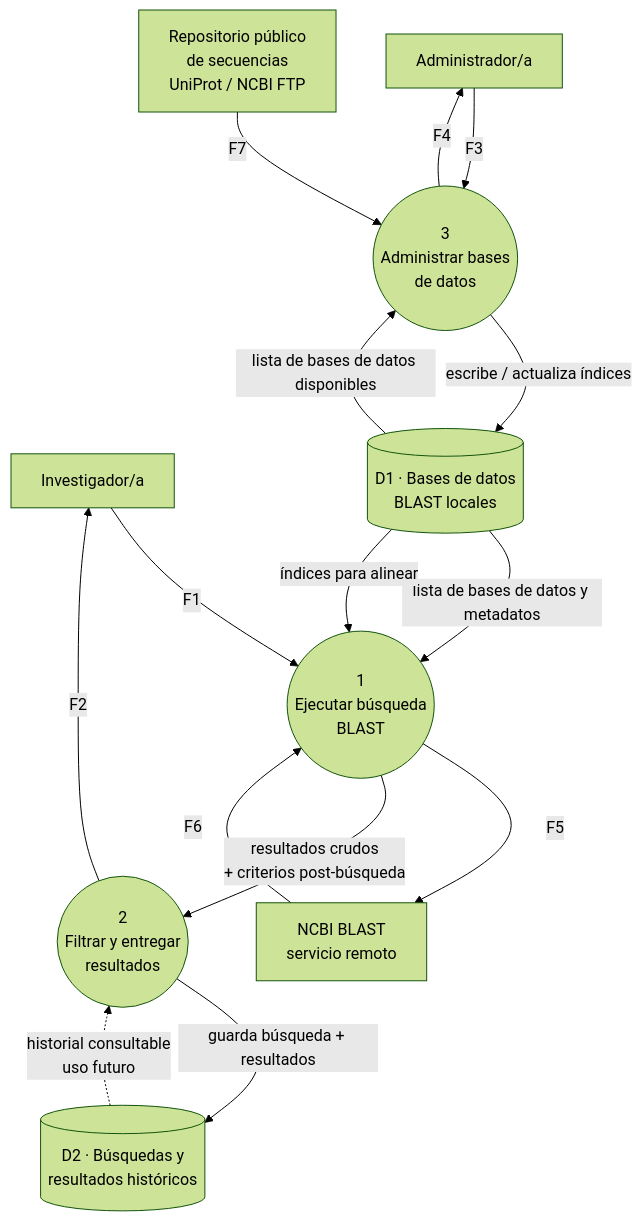
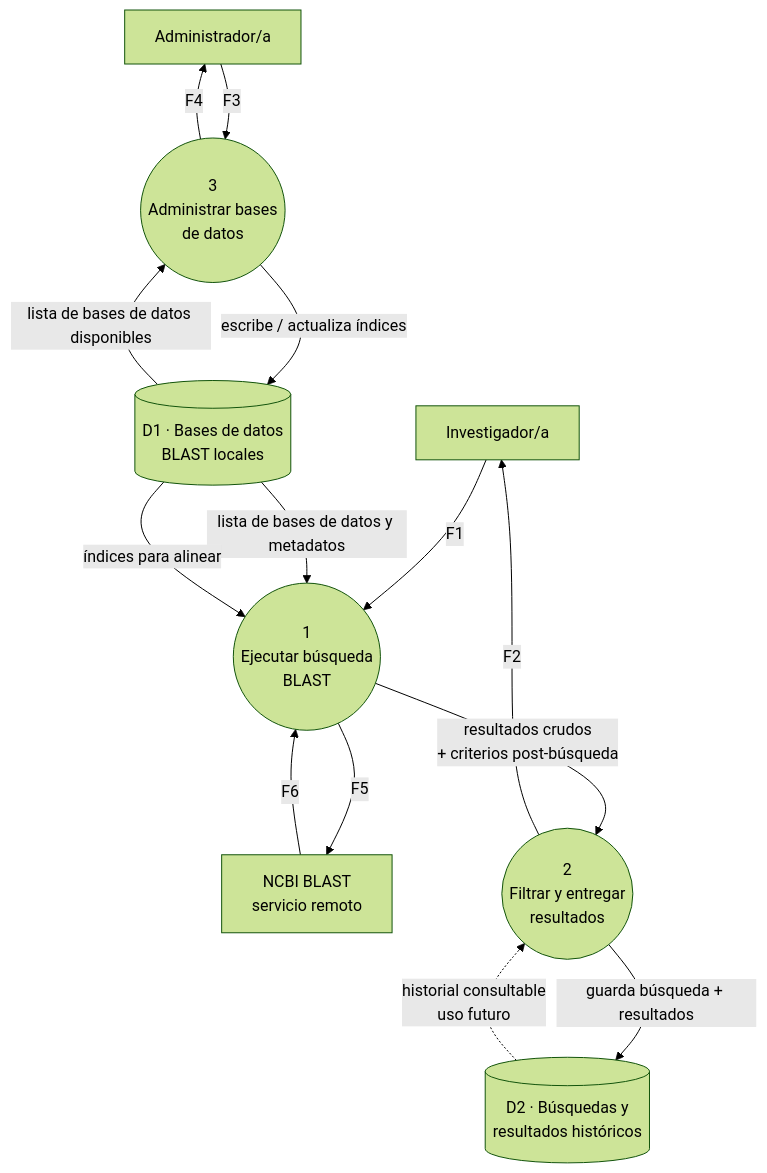
The second of 2 diagrams in docs/architecture/contexto-inicial.md (agwursten/Secondary-Repo-GUI-Blast), drawn with Mermaid (forest theme) before and after one commit. The commit also changed other lines of this file and 4 other files, not shown here.

````diff
--- a/docs/architecture/contexto-inicial.md
+++ b/docs/architecture/contexto-inicial.md
@@ -63,41 +51,37 @@
 ```mermaid
 flowchart TD
     INV[Investigador/a]
     ADM[Administrador/a]
     NCBI[NCBI BLAST<br/>servicio remoto]
-    REPO[Repositorio público<br/>de secuencias<br/>UniProt / NCBI FTP]
 
     P1((1<br/>Ejecutar búsqueda<br/>BLAST))
     P2((2<br/>Filtrar y entregar<br/>resultados))
     P3((3<br/>Administrar bases<br/>de datos))
 
     D1[(D1 · Bases de datos<br/>BLAST locales)]
     D2[(D2 · Búsquedas y<br/>resultados históricos)]
 
     %% Flujos externos — Investigador
     INV -->|F1| P1
     P2 -->|F2| INV
 
     %% Flujos externos — Administrador
     ADM -->|F3| P3
     P3 -->|F4| ADM
 
     %% Flujos externos — NCBI
     P1 -->|F5| NCBI
     NCBI -->|F6| P1
 
-    %% Flujos externos — Repositorio público
-    REPO -->|F7| P3
-
     %% Flujos internos entre procesos
     P1 -->|resultados crudos<br/>+ criterios post-búsqueda| P2
 
     %% Flujos con almacenes
     P3 -->|escribe / actualiza índices| D1
     D1 -->|lista de bases de datos y metadatos| P1
     D1 -->|índices para alinear| P1
     D1 -->|lista de bases de datos disponibles| P3
 
     P2 -->|guarda búsqueda + resultados| D2
     D2 -.->|historial consultable<br/>uso futuro| P2
 ```
````
